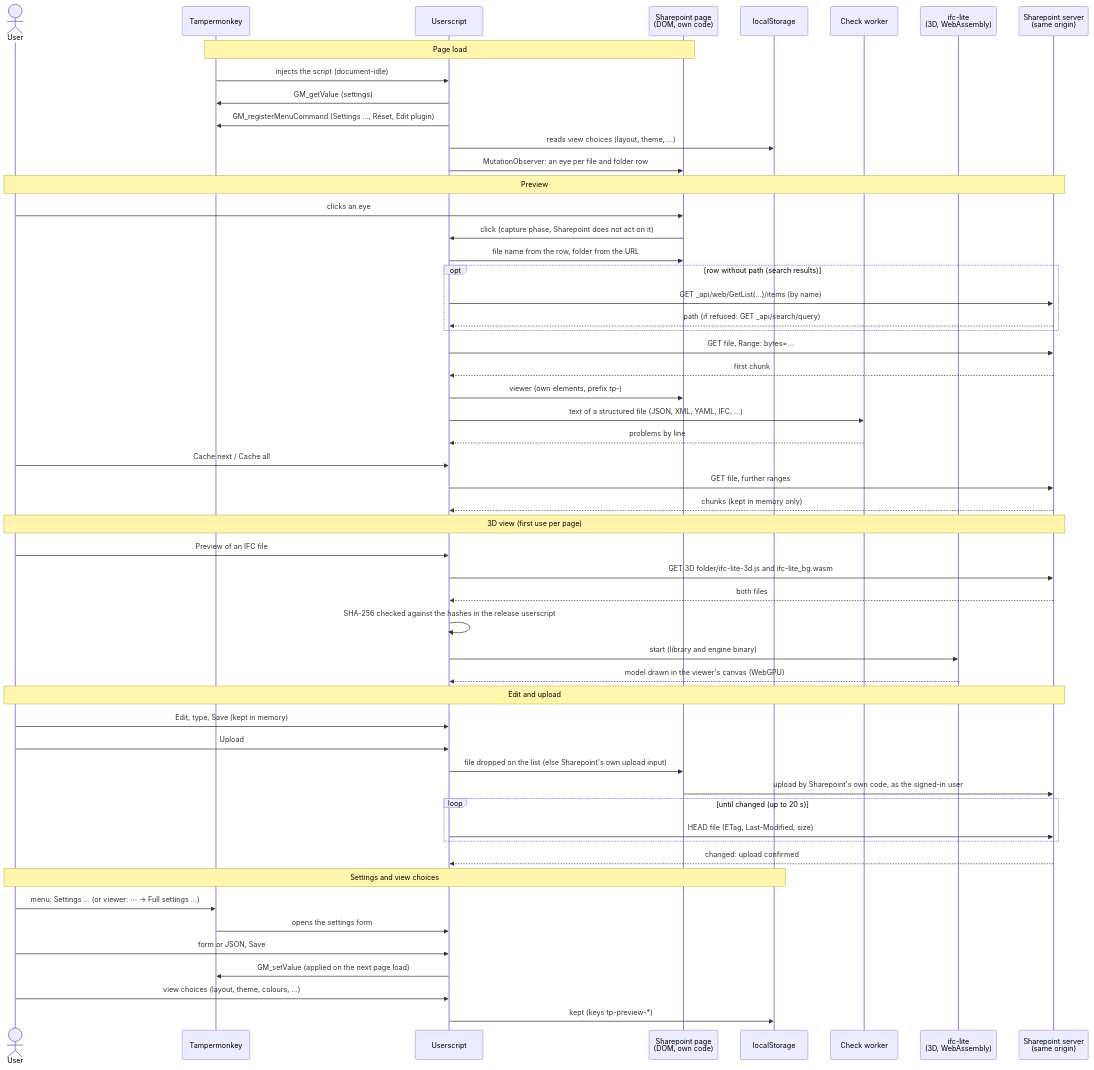
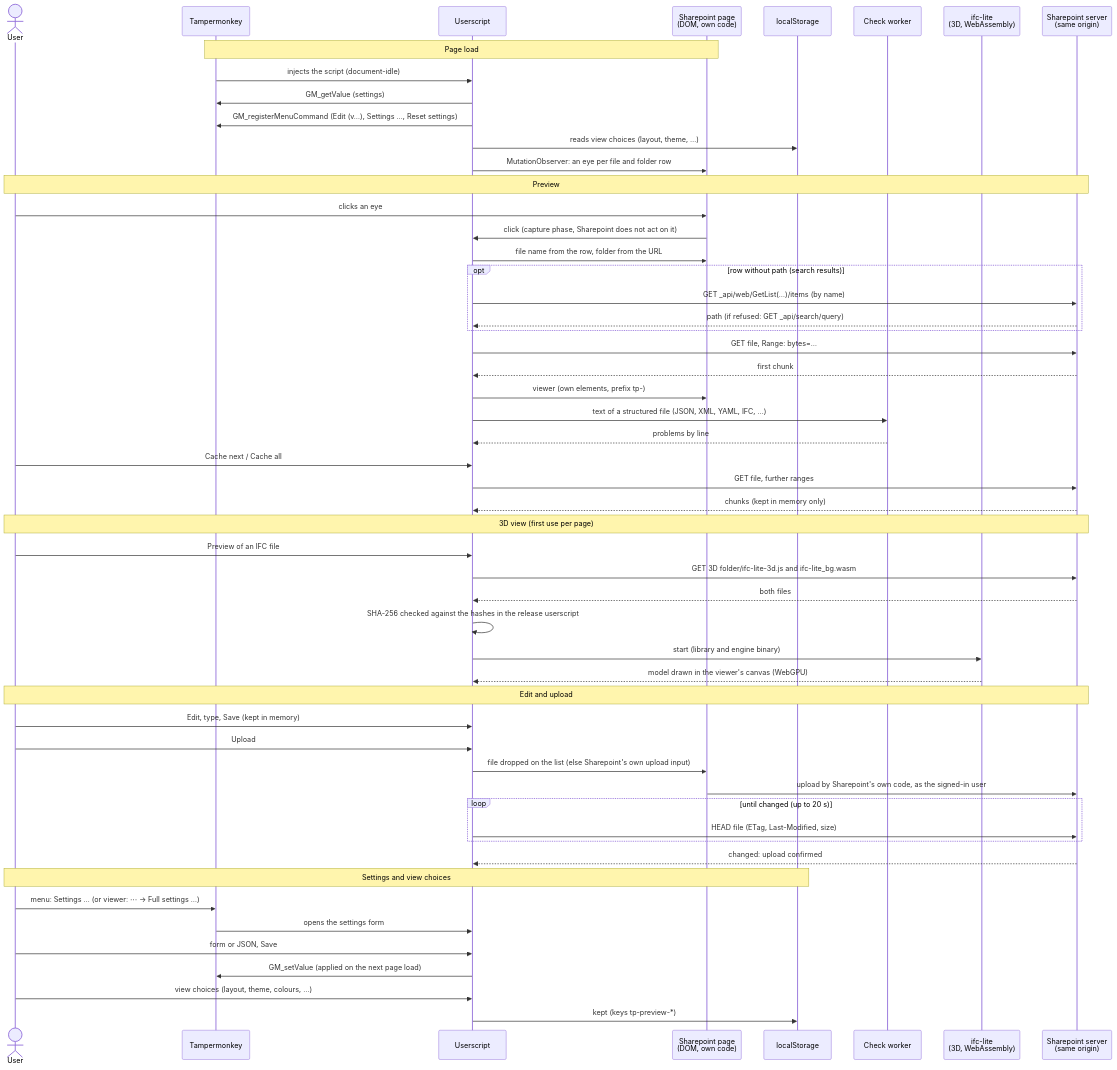
Before and after one commit to raj-open/sharepoint-previewer: the diagram in NOTES.md, drawn with Mermaid. The commit also changed 11 other files, not shown here.

First line of the commit message:
story-edit-menu > staging: menu "Edit (v…)", "Settings …", "Reset settings"; version links to editor

````diff
--- a/NOTES.md
+++ b/NOTES.md
@@ -64,61 +64,61 @@
 ```mermaid
 sequenceDiagram
     actor User
     participant TM as Tampermonkey
     participant US as Userscript
     participant Page as Sharepoint page<br>(DOM, own code)
     participant LS as localStorage
     participant W as Check worker
     participant IFC as ifc-lite<br>(3D, WebAssembly)
     participant SP as Sharepoint server<br>(same origin)
 
     Note over TM,Page: Page load
     TM->>US: injects the script (document-idle)
     US->>TM: GM_getValue (settings)
-    US->>TM: GM_registerMenuCommand (Settings …, Reset, Edit plugin)
+    US->>TM: GM_registerMenuCommand (Edit (v…), Settings …, Reset settings)
     US->>LS: reads view choices (layout, theme, …)
     US->>Page: MutationObserver: an eye per file and folder row
 
     Note over User,SP: Preview
     User->>Page: clicks an eye
     Page->>US: click (capture phase, Sharepoint does not act on it)
     US->>Page: file name from the row, folder from the URL
     opt row without path (search results)
         US->>SP: GET _api/web/GetList(…)/items (by name)
         SP-->>US: path (if refused: GET _api/search/query)
     end
     US->>SP: GET file, Range: bytes=…
     SP-->>US: first chunk
     US->>Page: viewer (own elements, prefix tp-)
     US->>W: text of a structured file (JSON, XML, YAML, IFC, …)
     W-->>US: problems by line
     User->>US: Cache next / Cache all
     US->>SP: GET file, further ranges
     SP-->>US: chunks (kept in memory only)
 
     Note over User,SP: 3D view (first use per page)
     User->>US: Preview of an IFC file
     US->>SP: GET 3D folder/ifc-lite-3d.js and ifc-lite_bg.wasm
     SP-->>US: both files
     US->>US: SHA-256 checked against the hashes in the release userscript
     US->>IFC: start (library and engine binary)
     IFC-->>US: model drawn in the viewer's canvas (WebGPU)
 
     Note over User,SP: Edit and upload
     User->>US: Edit, type, Save (kept in memory)
     User->>US: Upload
     US->>Page: file dropped on the list (else Sharepoint's own upload input)
     Page->>SP: upload by Sharepoint's own code, as the signed-in user
     loop until changed (up to 20 s)
         US->>SP: HEAD file (ETag, Last-Modified, size)
     end
     SP-->>US: changed: upload confirmed
 
     Note over User,LS: Settings and view choices
     User->>TM: menu: Settings … (or viewer: ⋯ → Full settings …)
     TM->>US: opens the settings form
     User->>US: form or JSON, Save
     US->>TM: GM_setValue (applied on the next page load)
     User->>US: view choices (layout, theme, colours, …)
     US->>LS: kept (keys tp-preview-*)
 ```
````
